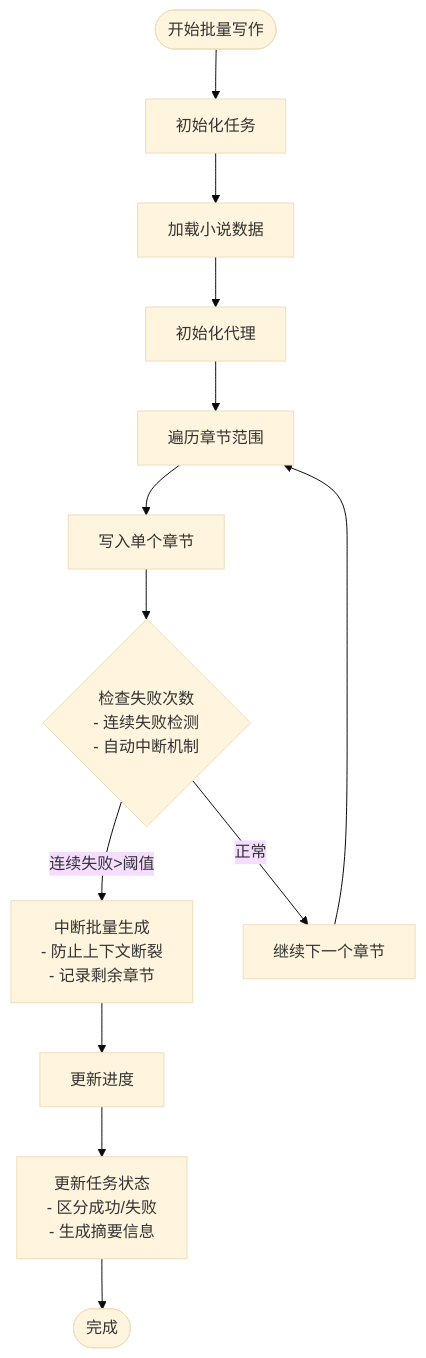
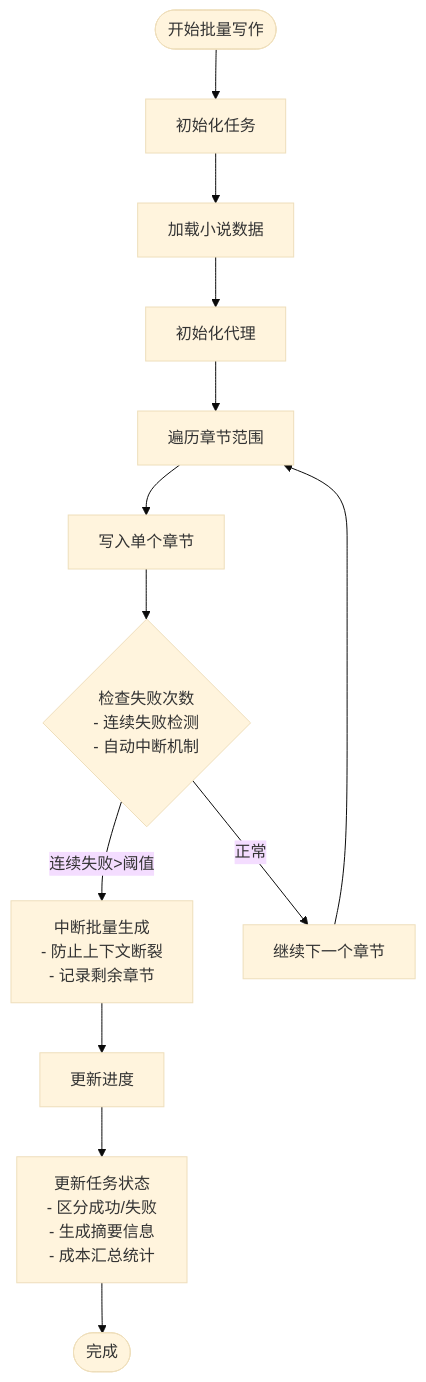
Before and after one commit to xfbyxq/ai-novel-system: the seventh of 22 diagrams in .qoder/repowiki/zh/content/Generation Service.md, drawn with Mermaid (base theme). The commit also changed other lines of this file and 1 other file, not shown here.

````diff
--- a/.qoder/repowiki/zh/content/Generation Service.md
+++ b/.qoder/repowiki/zh/content/Generation Service.md
@@ -423,15 +524,15 @@
 ```mermaid
 flowchart TD
 Start([开始批量写作]) --> InitTask["初始化任务"]
 InitTask --> LoadNovel["加载小说数据"]
 LoadNovel --> InitAgent["初始化代理"]
 InitAgent --> LoopChapters["遍历章节范围"]
 LoopChapters --> WriteChapter["写入单个章节"]
 WriteChapter --> CheckFailures{"检查失败次数<br/>- 连续失败检测<br/>- 自动中断机制"}
 CheckFailures --> |连续失败>阈值| Interrupt["中断批量生成<br/>- 防止上下文断裂<br/>- 记录剩余章节"]
 CheckFailures --> |正常| Continue["继续下一个章节"]
 Continue --> LoopChapters
 Interrupt --> UpdateProgress["更新进度"]
-UpdateProgress --> UpdateTask["更新任务状态<br/>- 区分成功/失败<br/>- 生成摘要信息"]
+UpdateProgress --> UpdateTask["更新任务状态<br/>- 区分成功/失败<br/>- 生成摘要信息<br/>- 成本汇总统计"]
 UpdateTask --> End([完成])
 ```
````
